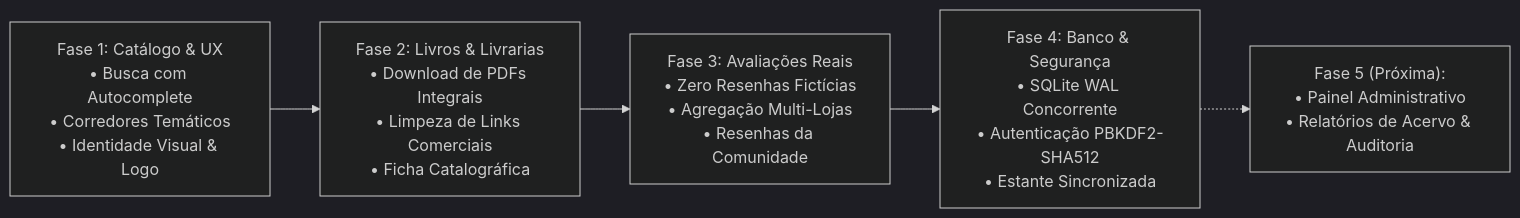
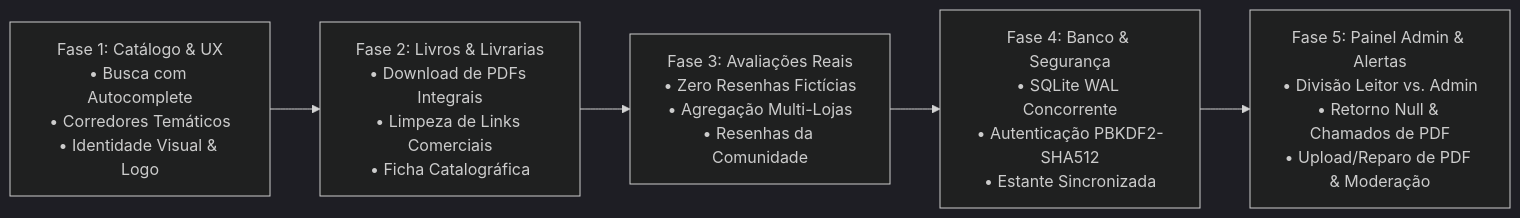
Before and after one commit to Matheus-Putrique/Clarice-Assis: the diagram in DOCUMENTACAO.md, drawn with Mermaid (dark theme). The commit also changed other lines of this file and 6 other files, not shown here.

Commit message:
feat(phase-5): user vs admin roles, null PDF return with auto admin alerts, PDF repair/upload panel, and review moderation

````diff
--- a/DOCUMENTACAO.md
+++ b/DOCUMENTACAO.md
@@ -18,7 +18,7 @@
 ```mermaid
 flowchart LR
     Fase1["Fase 1: Catálogo & UX\n• Busca com Autocomplete\n• Corredores Temáticos\n• Identidade Visual & Logo"] --> Fase2["Fase 2: Livros & Livrarias\n• Download de PDFs Integrais\n• Limpeza de Links Comerciais\n• Ficha Catalográfica"]
     Fase2 --> Fase3["Fase 3: Avaliações Reais\n• Zero Resenhas Fictícias\n• Agregação Multi-Lojas\n• Resenhas da Comunidade"]
     Fase3 --> Fase4["Fase 4: Banco & Segurança\n• SQLite WAL Concorrente\n• Autenticação PBKDF2-SHA512\n• Estante Sincronizada"]
-    Fase4 -.-> Fase5["Fase 5 (Próxima):\n• Painel Administrativo\n• Relatórios de Acervo & Auditoria"]
+    Fase4 --> Fase5["Fase 5: Painel Admin & Alertas\n• Divisão Leitor vs. Admin\n• Retorno Null & Chamados de PDF\n• Upload/Reparo de PDF & Moderação"]
 ```
````
